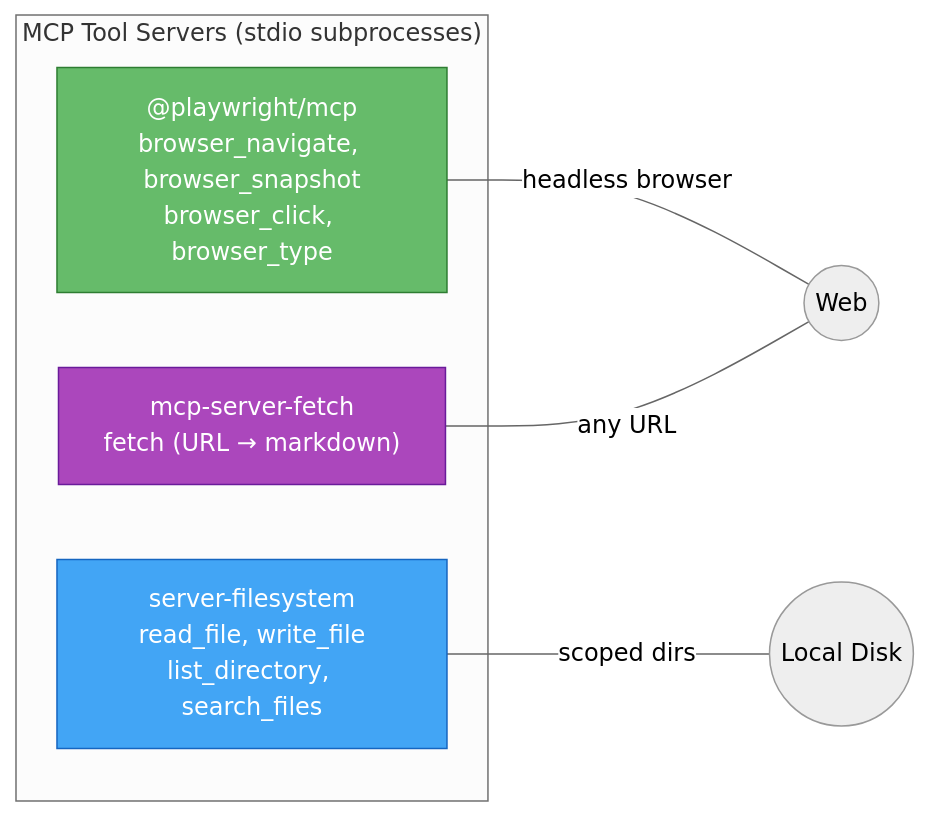
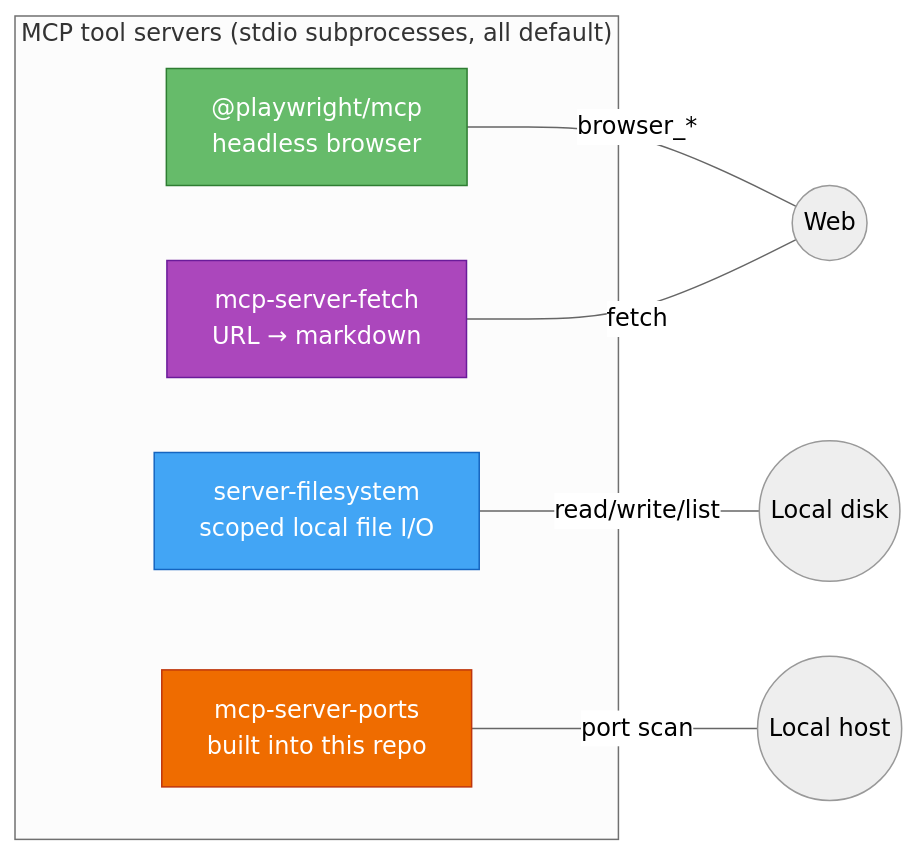
The third of 4 diagrams in README.md (smarttechlabs-projects/go-agent), drawn with Mermaid (neutral theme) before and after one commit. The commit also changed other lines of this file and 70 other files, not shown here.

````diff
--- a/README.md
+++ b/README.md
@@ -174,16 +290,19 @@
 ```mermaid
 graph LR
-    subgraph "MCP Tool Servers (stdio subprocesses)"
-        PW["@playwright/mcp<br/>browser_navigate, browser_snapshot<br/>browser_click, browser_type"]
-        FS["server-filesystem<br/>read_file, write_file<br/>list_directory, search_files"]
-        FE["mcp-server-fetch<br/>fetch (URL → markdown)"]
+    subgraph "MCP tool servers (stdio subprocesses, all default)"
+        PW["@playwright/mcp<br/>headless browser"]
+        FS["server-filesystem<br/>scoped local file I/O"]
+        FE["mcp-server-fetch<br/>URL → markdown"]
+        PS["mcp-server-ports<br/>built into this repo"]
     end
 
-    PW --- |"headless browser"| WEB((Web))
-    FS --- |"scoped dirs"| DISK((Local Disk))
-    FE --- |"any URL"| WEB
+    PW --- |"browser_*"| WEB((Web))
+    FS --- |"read/write/list"| DISK((Local disk))
+    FE --- |"fetch"| WEB
+    PS --- |"port scan"| HOST((Local host))
 
     style PW fill:#66bb6a,stroke:#2e7d32,color:#fff
     style FS fill:#42a5f5,stroke:#1565c0,color:#fff
     style FE fill:#ab47bc,stroke:#6a1b9a,color:#fff
+    style PS fill:#ef6c00,stroke:#bf360c,color:#fff
 ```
````
